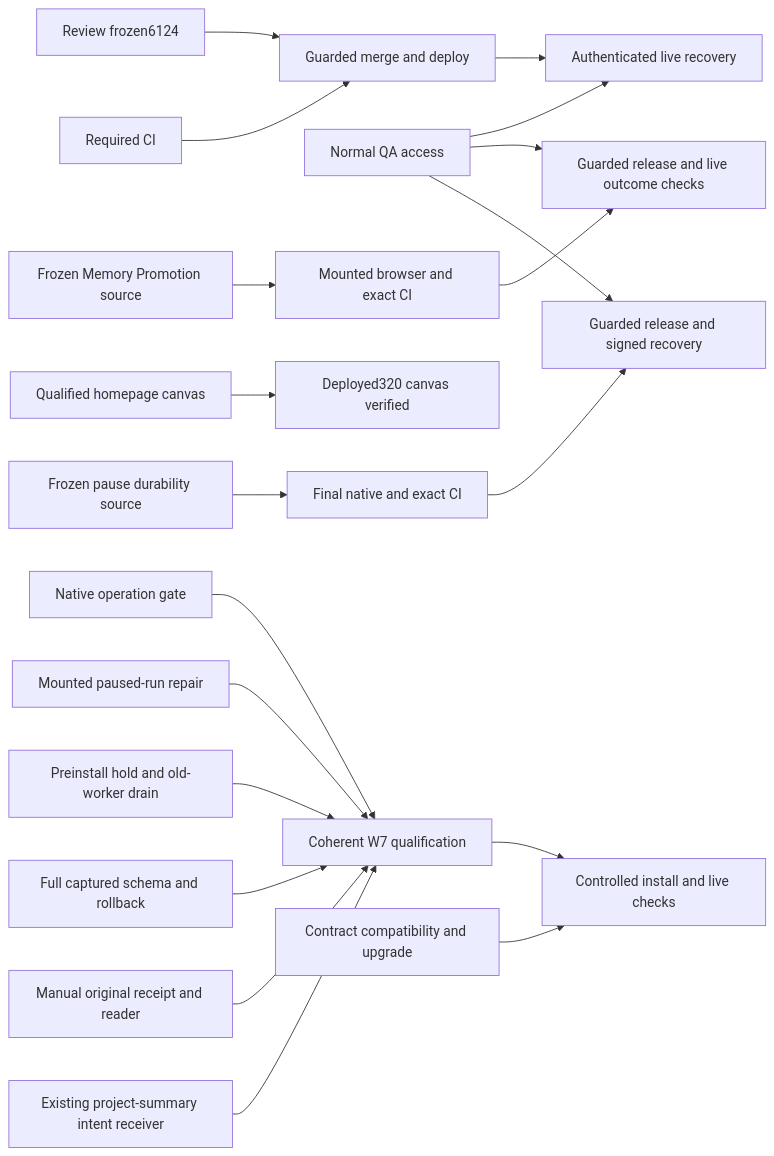
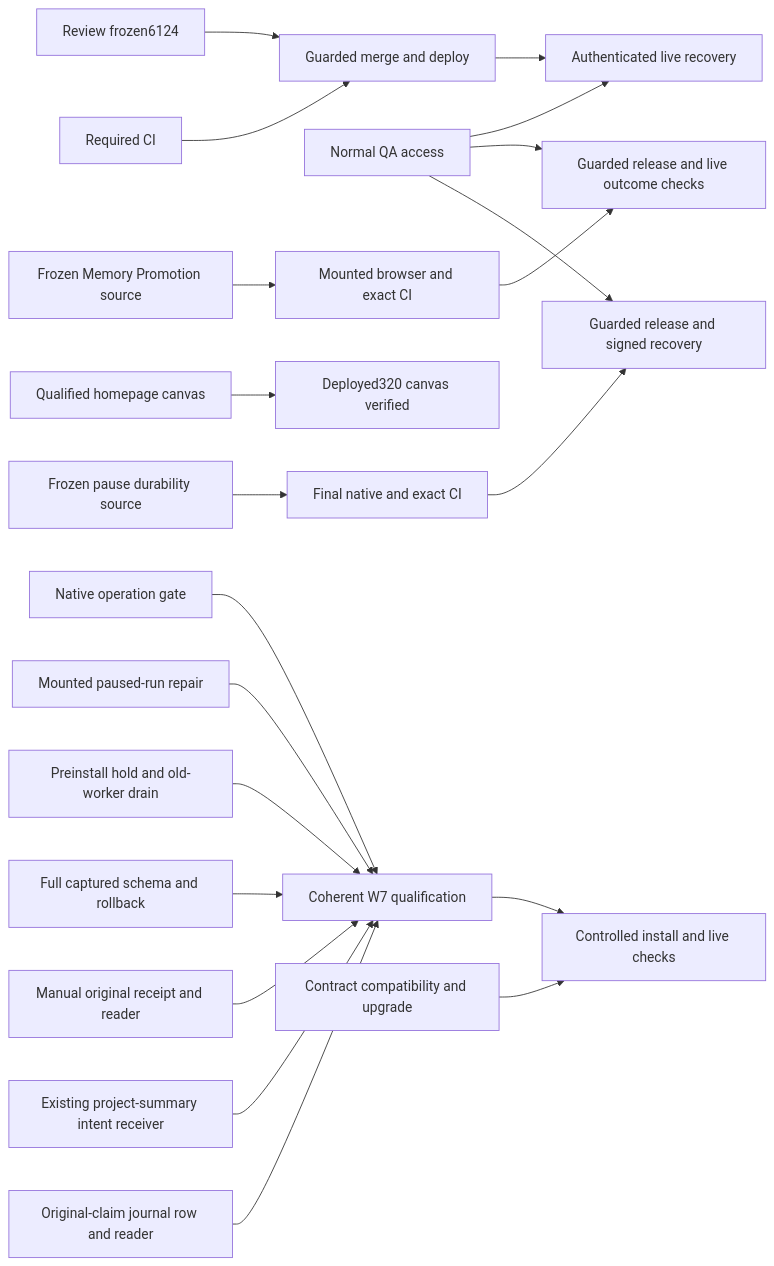
The first of 2 diagrams in Delivery-Path-Release-Plan.md (jtobkin/supraos-workflow-plan), drawn with Mermaid before and after one commit. The commit also changed other lines of this file and 2 other files, not shown here.

````diff
--- a/Delivery-Path-Release-Plan.md
+++ b/Delivery-Path-Release-Plan.md
@@ -33,22 +34,23 @@
 ```mermaid
 flowchart LR
  S1[Review frozen6124] --> S4[Guarded merge and deploy]
  S2[Required CI] --> S4
  S4 --> S5[Authenticated live recovery]
  S3[Normal QA access] --> S5
  H1[Qualified homepage canvas] --> H2[Deployed320 canvas verified]
  MP1[Frozen Memory Promotion source] --> MP2[Mounted browser and exact CI]
  MP2 --> MP3[Guarded release and live outcome checks]
  S3 --> MP3
  P1[Frozen pause durability source] --> P2[Final native and exact CI]
  P2 --> P3[Guarded release and signed recovery]
  S3 --> P3
  W1[Native operation gate] --> W4[Coherent W7 qualification]
  W2[Mounted paused-run repair] --> W4
  W3[Preinstall hold and old-worker drain] --> W4
  WP[Full captured schema and rollback] --> W4
  WM[Manual original receipt and reader] --> W4
  WB[Existing project-summary intent receiver] --> W4
+ WJ[Original-claim journal row and reader] --> W4
  W4 --> W5[Controlled install and live checks]
  L1[Contract compatibility and upgrade] --> W5
 ```
````
